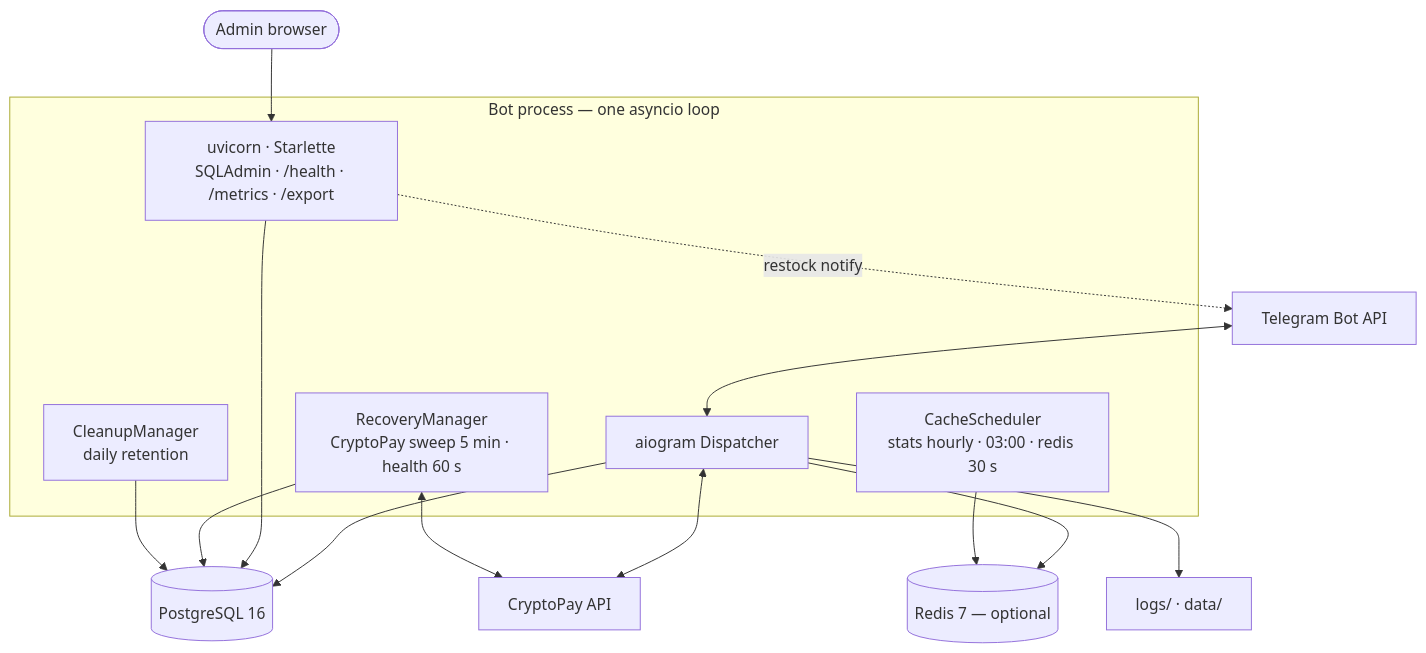
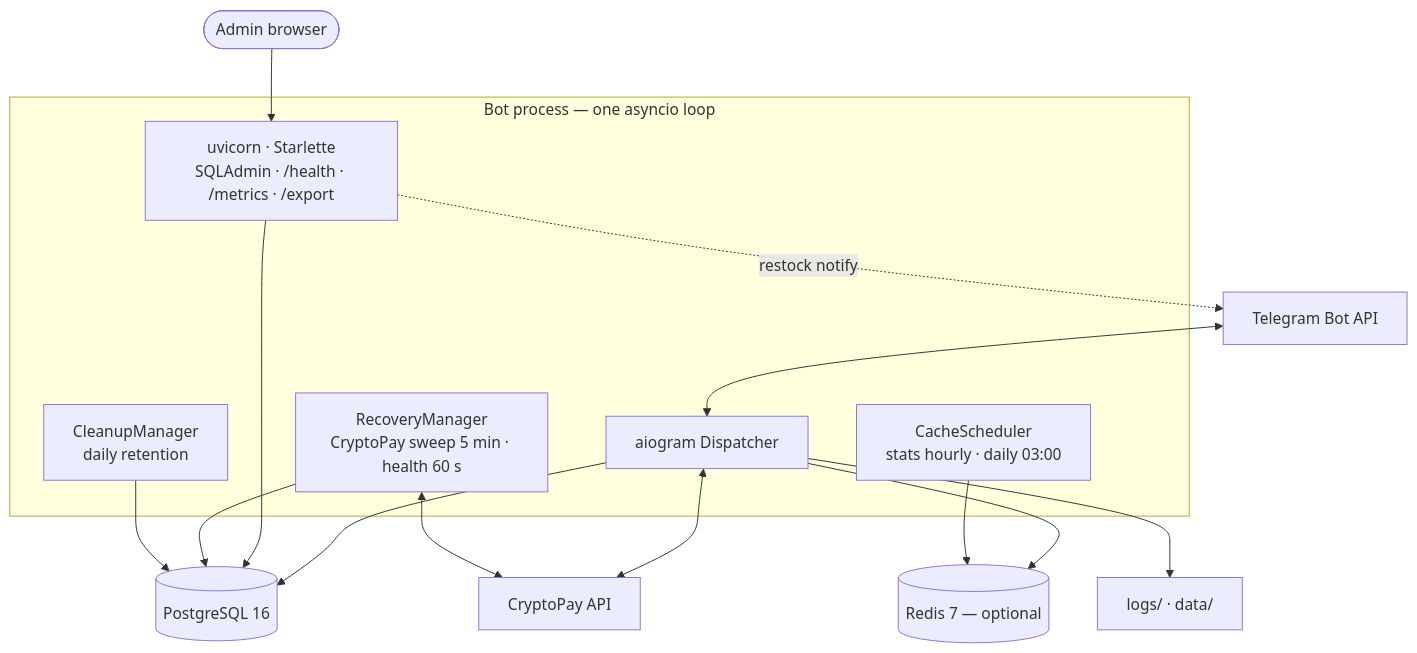
One commit to interlumpen/Telegram-shop changed the second of 4 diagrams in README.md. Above: the diagram before and after it, drawn with Mermaid. The commit also changed other lines of this file and 33 other files, not shown here.

````diff
--- a/README.md
+++ b/README.md
@@ -132,28 +136,28 @@
 ```mermaid
 flowchart TD
     ADMIN([Admin browser]) --> UV
     TG[Telegram Bot API] <--> DP
 
     subgraph proc["Bot process — one asyncio loop"]
         DP["aiogram Dispatcher"]
         UV["uvicorn · Starlette<br/>SQLAdmin · /health · /metrics · /export"]
         RM["RecoveryManager<br/>CryptoPay sweep 5 min · health 60 s"]
         CM["CleanupManager<br/>daily retention"]
-        CS["CacheScheduler<br/>stats hourly · 03:00 · redis 30 s"]
+        CS["CacheScheduler<br/>stats hourly · daily 03:00"]
     end
 
     CP["CryptoPay API"]
     PG[("PostgreSQL 16")]
     RD[("Redis 7 — optional")]
     FS["logs/ · data/"]
     DP <--> CP
     RM <--> CP
     DP --> PG
     UV --> PG
     RM --> PG
     CM --> PG
     DP --> RD
     CS --> RD
     DP --> FS
     UV -.->|restock notify| TG
 ```
````
